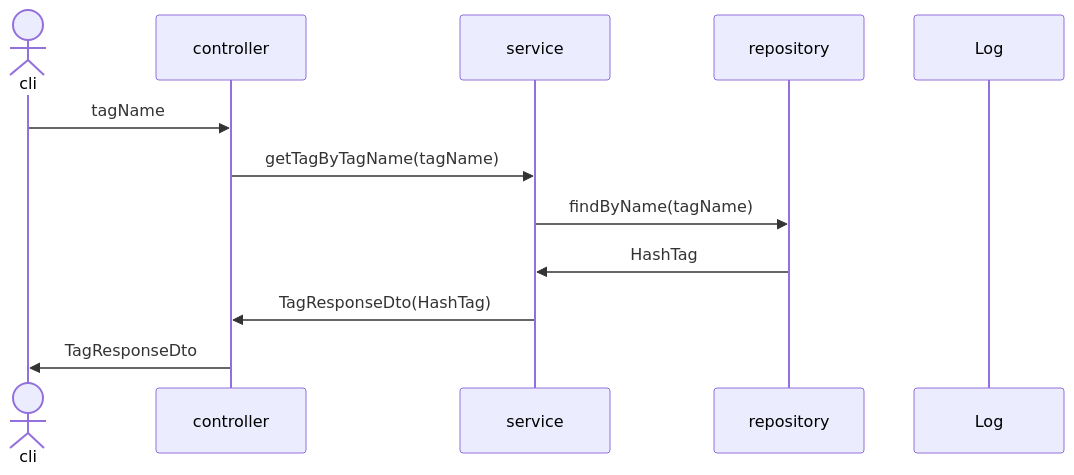
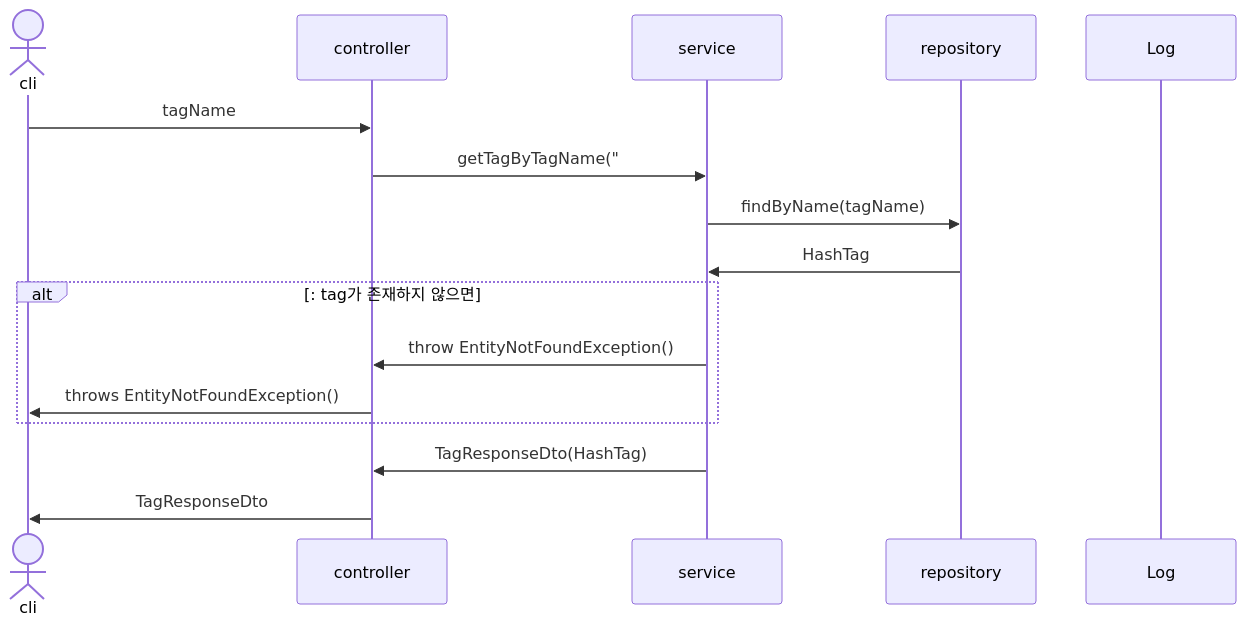
Diagram 27 of 37 in sequence.md (mtak0235/snsX), drawn with Mermaid before and after one commit. The commit also changed other lines of this file and 5 other files, not shown here.

````diff
--- a/sequence.md
+++ b/sequence.md
@@ -787,15 +732,19 @@
 ```mermaid
 sequenceDiagram
 actor cli
 participant c as controller
 participant s as service
 participant r as repository
 participant l as Log
 
 cli->>c: tagName
-c->>s: getTagByTagName(tagName)
+c->>s: getTagByTagName("#" + tagName)
 s->>r: findByName(tagName)
 r->>s: HashTag
+alt: tag가 존재하지 않으면
+s->>c: throw EntityNotFoundException()
+c->>cli : throws EntityNotFoundException()
+end
 s->>c: TagResponseDto(HashTag)
 c->>cli: TagResponseDto
 ```
````
